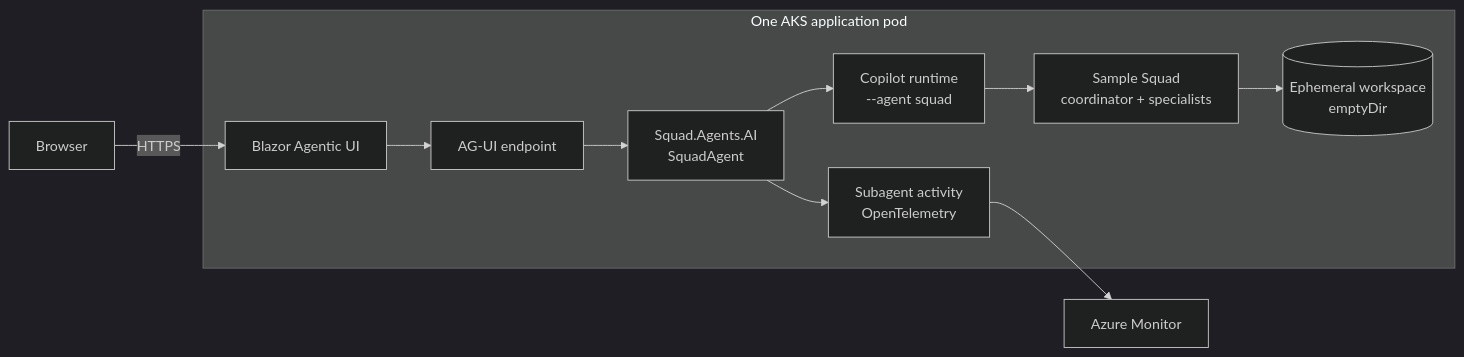
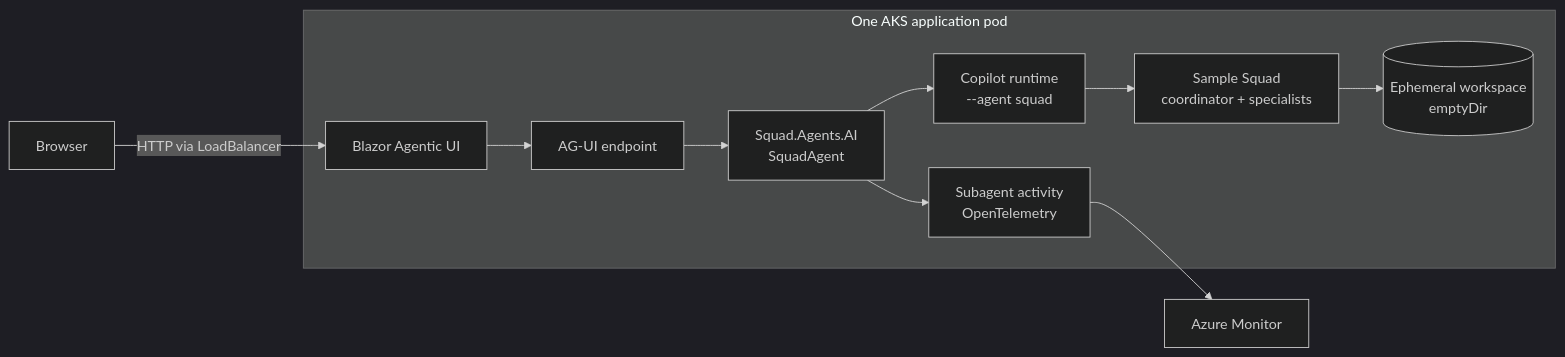
Before and after one commit to bradygaster/squad-on-aks: the first of 2 diagrams in README.md, drawn with Mermaid (dark theme). The commit also changed other lines of this file, not shown here.

````diff
--- a/README.md
+++ b/README.md
@@ -50,15 +50,15 @@
 ```mermaid
 flowchart LR
-    USER["Browser"] -->|"HTTPS"| UI["Blazor Agentic UI"]
+    USER["Browser"] -->|"HTTP via LoadBalancer"| UI["Blazor Agentic UI"]
 
     subgraph POD["One AKS application pod"]
         UI --> AGUI["AG-UI endpoint"]
         AGUI --> AGENT["Squad.Agents.AI<br/>SquadAgent"]
         AGENT --> COPILOT["Copilot runtime<br/>--agent squad"]
         COPILOT --> SQUAD["Sample Squad<br/>coordinator + specialists"]
         SQUAD --> WORKSPACE[("Ephemeral workspace<br/>emptyDir")]
         AGENT --> TRACE["Subagent activity<br/>OpenTelemetry"]
     end
 
     TRACE --> MONITOR["Azure Monitor"]
 ```
````
